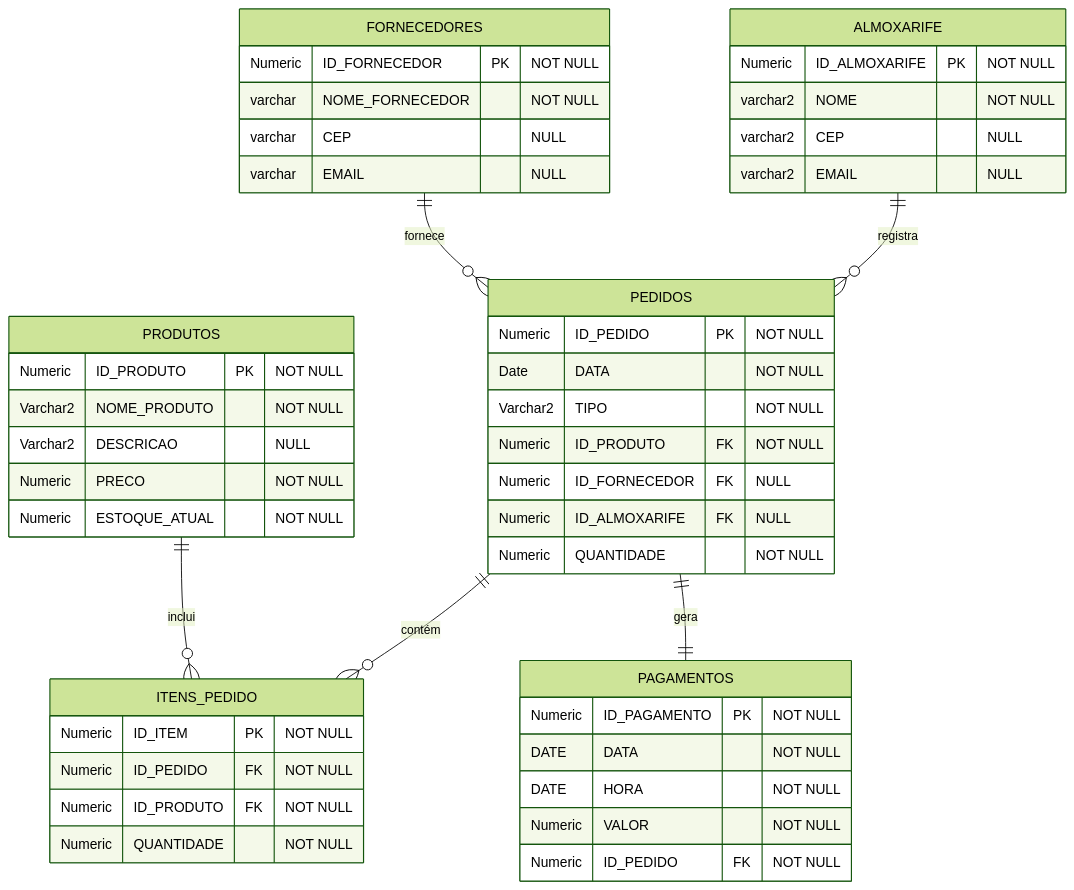
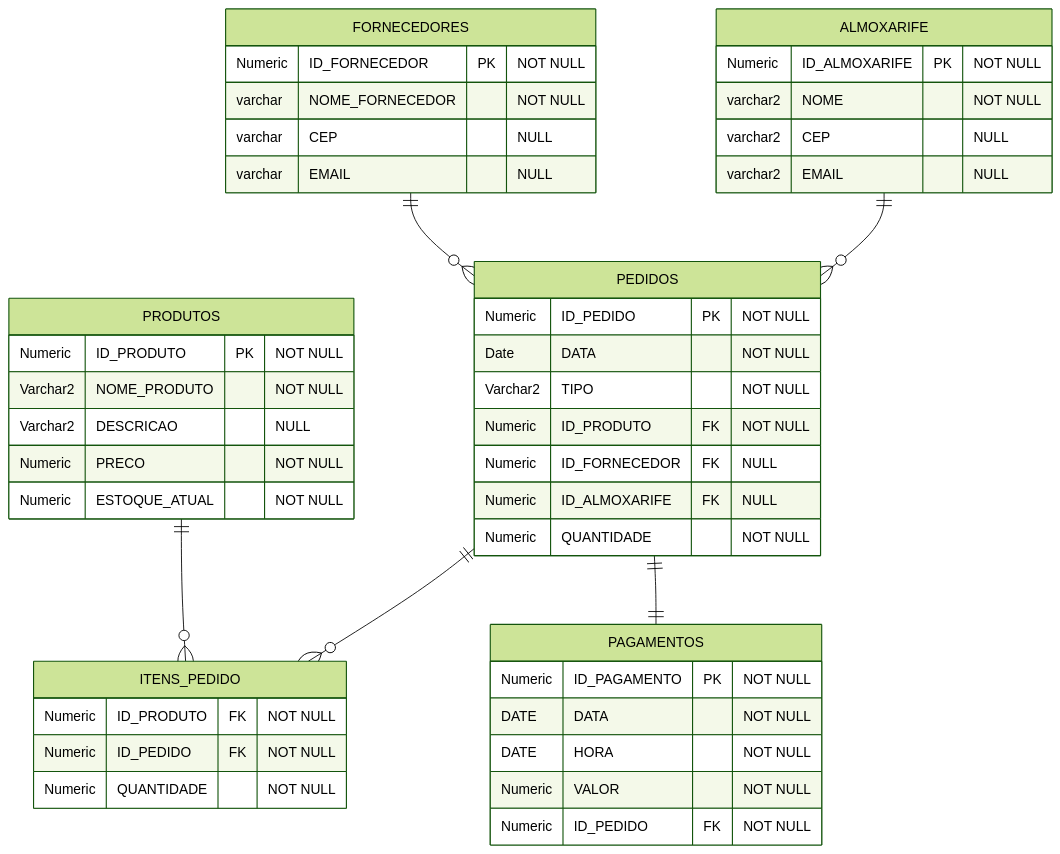
One commit to LucasBinda/BD-Controle-de-Estoque changed the diagram in Diagrams/erDiagram.mmd. Above: the diagram before and after it, drawn with Mermaid (forest theme). The commit also changed 16 other files, not shown here.

```diff
--- a/Diagrams/erDiagram.mmd
+++ b/Diagrams/erDiagram.mmd
@@ -1,56 +1,55 @@
 erDiagram
 
 
 PRODUTOS {
 Numeric ID_PRODUTO PK "NOT NULL"
 Varchar2 NOME_PRODUTO "NOT NULL"
 Varchar2 DESCRICAO "NULL"
 Numeric PRECO "NOT NULL"
 Numeric ESTOQUE_ATUAL "NOT NULL"
 }
 
 FORNECEDORES {
 Numeric ID_FORNECEDOR PK "NOT NULL"
 varchar NOME_FORNECEDOR "NOT NULL"
 varchar CEP "NULL"
 varchar EMAIL "NULL"
 }
 
 ALMOXARIFE {
 Numeric ID_ALMOXARIFE PK "NOT NULL"
 varchar2 NOME "NOT NULL"
 varchar2 CEP "NULL"
 varchar2 EMAIL "NULL"
 }
 
 %% TIPO == ENTRADA OU SAIDA
 PEDIDOS {
 Numeric ID_PEDIDO PK     "NOT NULL"
 Date DATA                "NOT NULL"
 Varchar2 TIPO            "NOT NULL"
 Numeric ID_PRODUTO    FK "NOT NULL"
 Numeric ID_FORNECEDOR FK "NULL"
 Numeric ID_ALMOXARIFE FK "NULL"
 Numeric QUANTIDADE       "NOT NULL"
 }
 
 ITENS_PEDIDO {
-Numeric ID_ITEM PK "NOT NULL"
+Numeric ID_PRODUTO FK "NOT NULL"
 Numeric ID_PEDIDO FK "NOT NULL"
-Numeric ID_PRODUTO FK "NOT NULL"
 Numeric QUANTIDADE "NOT NULL"
 }
 
 PAGAMENTOS {
 Numeric ID_PAGAMENTO PK "NOT NULL"
 DATE DATA "NOT NULL"
 DATE HORA "NOT NULL"
 Numeric VALOR "NOT NULL"
 Numeric ID_PEDIDO FK "NOT NULL"
 }
 
-FORNECEDORES ||--o{ PEDIDOS : "fornece"
-ALMOXARIFE ||--o{ PEDIDOS : "registra"
-PEDIDOS ||--o{ ITENS_PEDIDO : "contém"
-PRODUTOS ||--o{ ITENS_PEDIDO : "inclui"
-PEDIDOS ||--|| PAGAMENTOS : "gera"
+FORNECEDORES ||--o{ PEDIDOS : ""
+ALMOXARIFE ||--o{ PEDIDOS : ""
+PEDIDOS ||--o{ ITENS_PEDIDO : ""
+PRODUTOS ||--o{ ITENS_PEDIDO : ""
+PEDIDOS ||--|| PAGAMENTOS : ""
```
